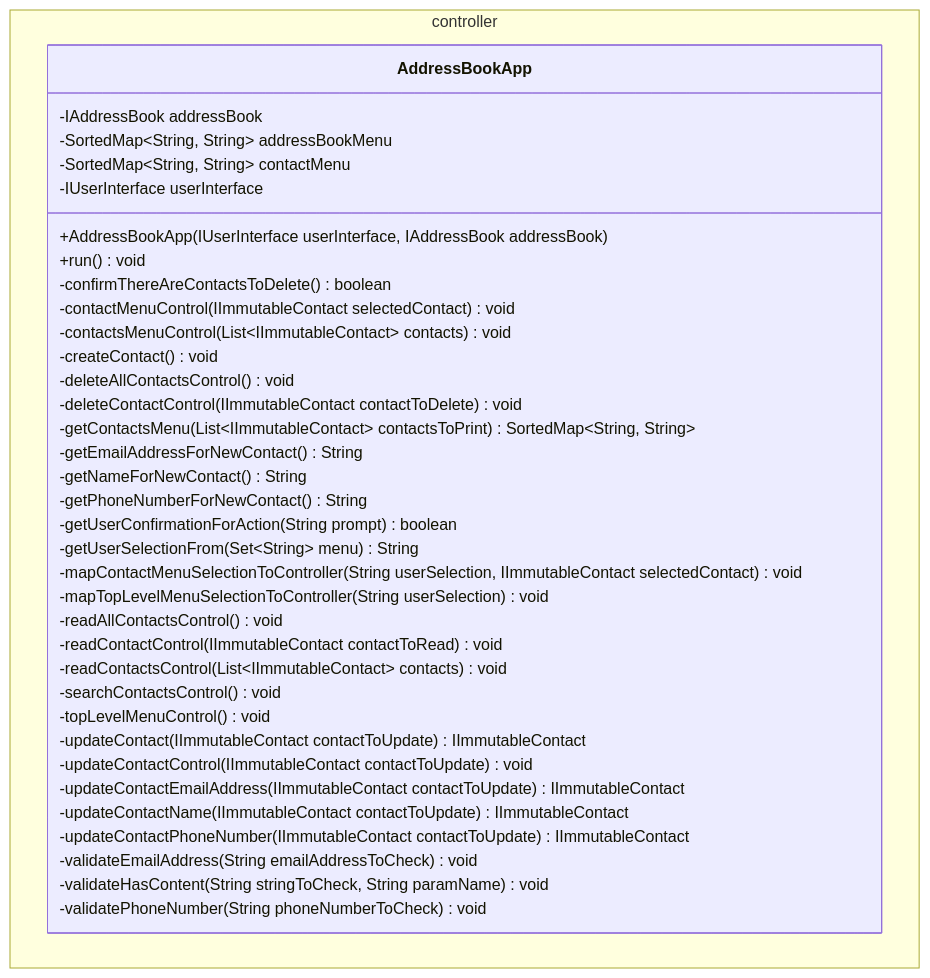
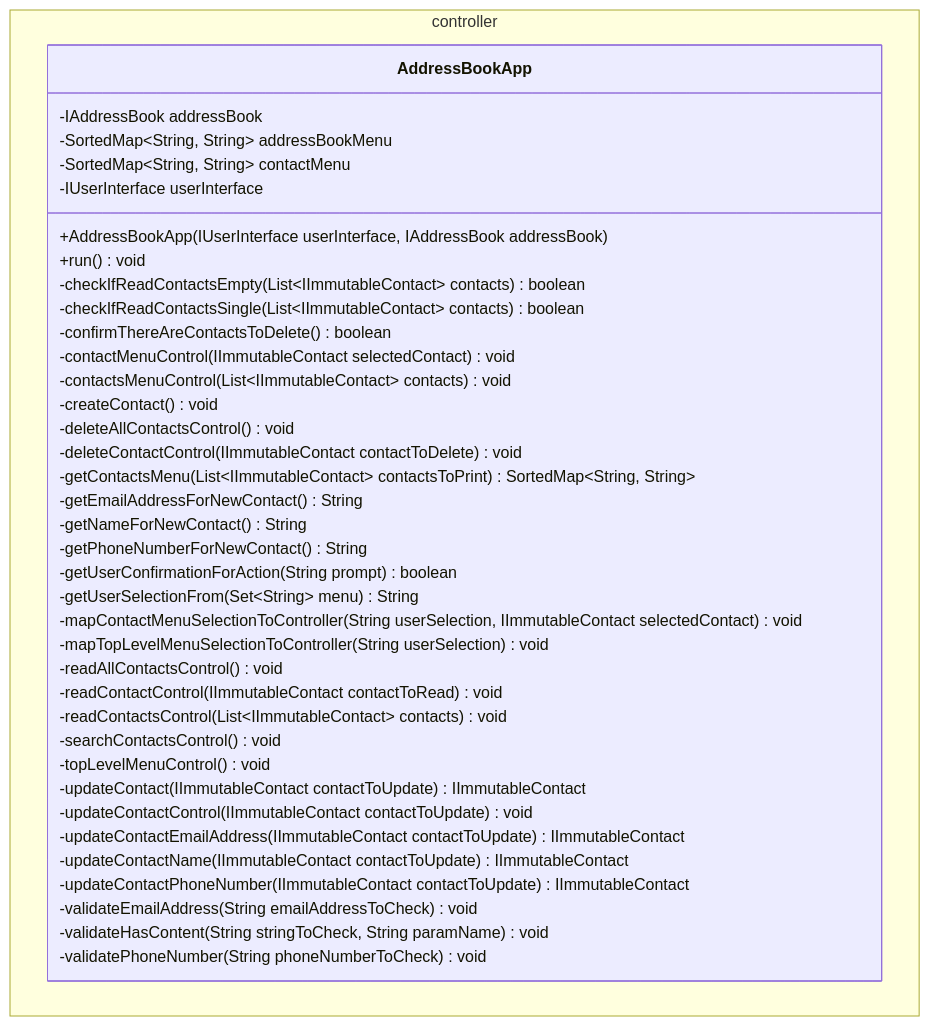
Before and after one commit to turnerbenjamin/address-book: the second of 4 diagrams in docs/class-diagram.md, drawn with Mermaid. The commit also changed other lines of this file and 3 other files, not shown here.

````diff
--- a/docs/class-diagram.md
+++ b/docs/class-diagram.md
@@ -65,40 +65,42 @@
 ```mermaid
 classDiagram
      namespace controller {
         class AddressBookApp{
             -IAddressBook addressBook
             -SortedMap~String, String~ addressBookMenu
             -SortedMap~String, String~ contactMenu
             -IUserInterface userInterface
             +AddressBookApp(IUserInterface userInterface, IAddressBook addressBook)
             +run() void
+            -checkIfReadContactsEmpty(List~IImmutableContact~ contacts) boolean
+            -checkIfReadContactsSingle(List~IImmutableContact~ contacts) boolean
             -confirmThereAreContactsToDelete() boolean
             -contactMenuControl(IImmutableContact selectedContact) void
             -contactsMenuControl(List~IImmutableContact~ contacts) void
             -createContact() void
             -deleteAllContactsControl() void
             -deleteContactControl(IImmutableContact contactToDelete) void
             -getContactsMenu(List~IImmutableContact~ contactsToPrint) SortedMap~String, String~
             -getEmailAddressForNewContact() String
             -getNameForNewContact() String
             -getPhoneNumberForNewContact() String
             -getUserConfirmationForAction(String prompt) boolean
             -getUserSelectionFrom(Set~String~ menu) String
             -mapContactMenuSelectionToController(String userSelection, IImmutableContact selectedContact) void
             -mapTopLevelMenuSelectionToController(String userSelection) void
             -readAllContactsControl() void
             -readContactControl(IImmutableContact contactToRead) void
             -readContactsControl(List~IImmutableContact~ contacts) void
             -searchContactsControl() void
             -topLevelMenuControl() void
             -updateContact(IImmutableContact contactToUpdate) IImmutableContact
             -updateContactControl(IImmutableContact contactToUpdate) void
             -updateContactEmailAddress(IImmutableContact contactToUpdate) IImmutableContact
             -updateContactName(IImmutableContact contactToUpdate) IImmutableContact
             -updateContactPhoneNumber(IImmutableContact contactToUpdate) IImmutableContact
             -validateEmailAddress(String emailAddressToCheck) void
             -validateHasContent(String stringToCheck, String paramName) void
             -validatePhoneNumber(String phoneNumberToCheck) void
         }
     }
 ```
````
